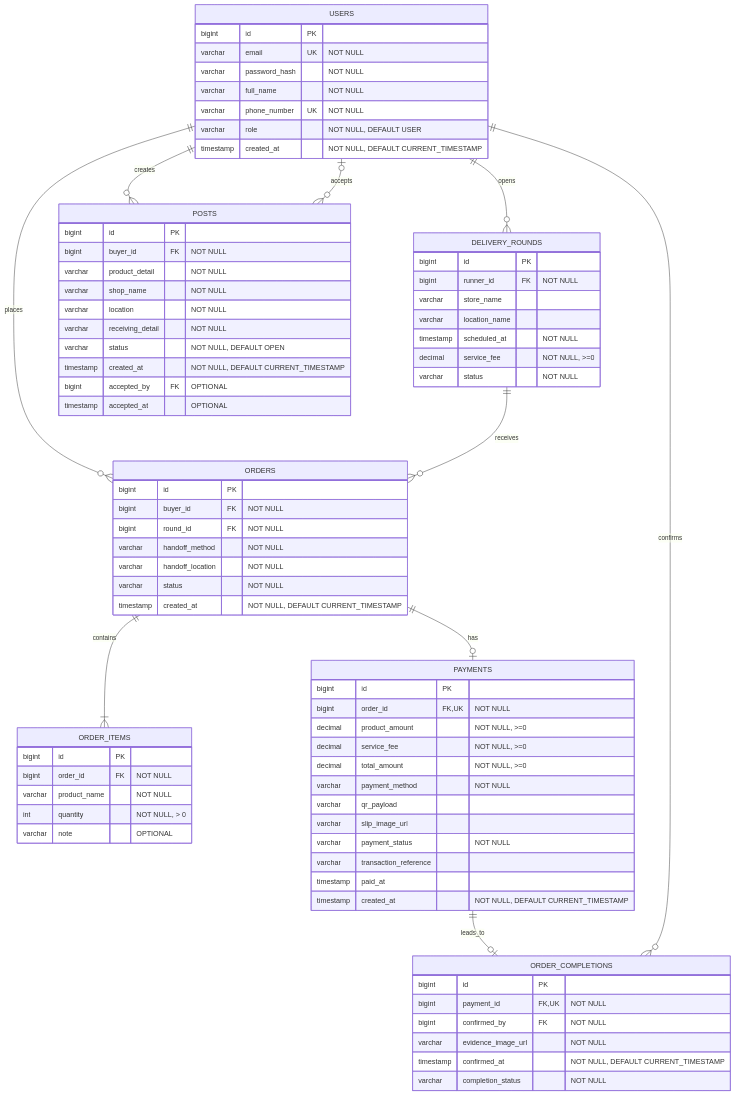
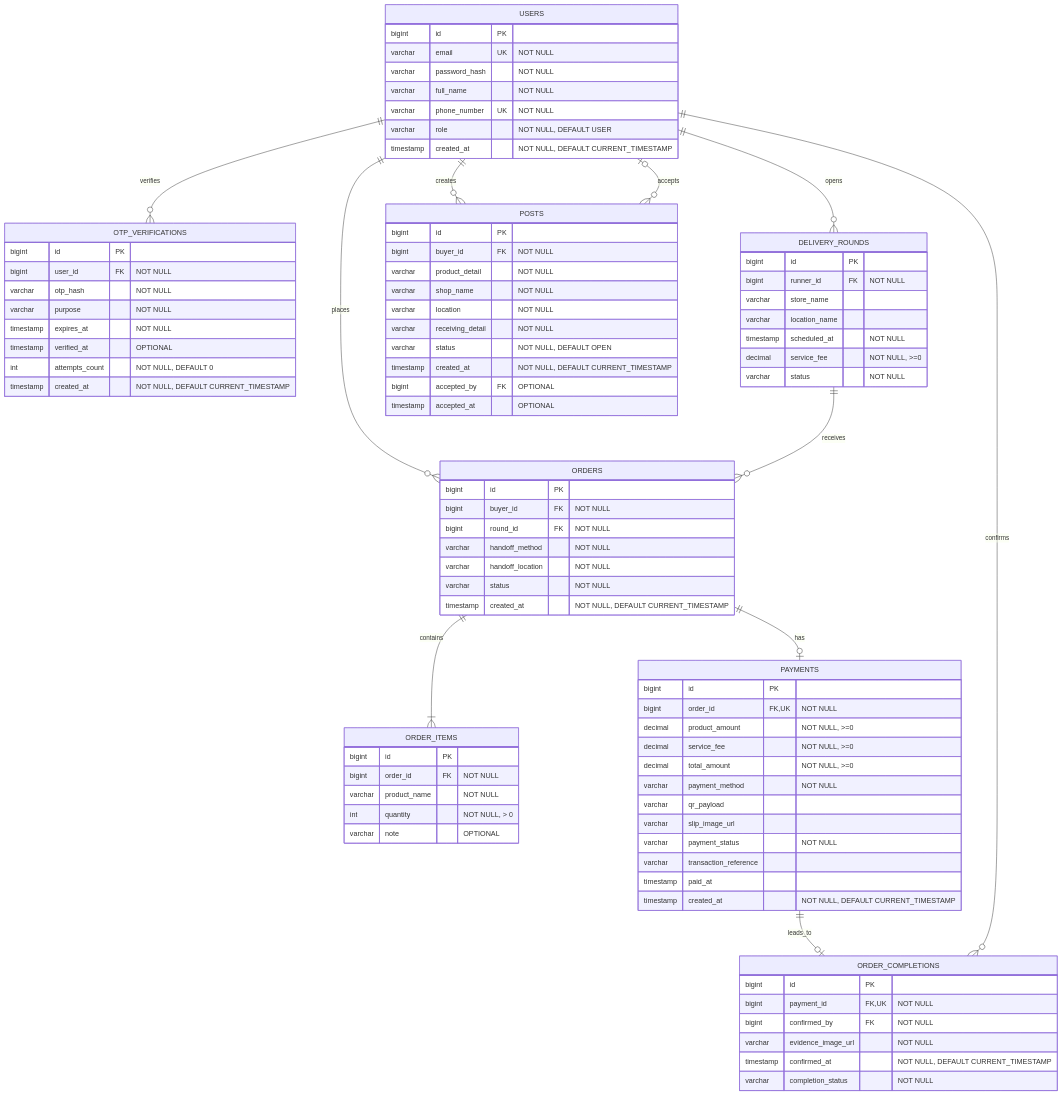
Before and after one commit to BlackyB0o/CS261_650001_group5: the diagram in docs/database/ERD.md, drawn with Mermaid.

Commit message:
draft: add OTP verification ERD

````diff
--- a/docs/database/ERD.md
+++ b/docs/database/ERD.md
@@ -5,5 +5,9 @@
 ```mermaid
 erDiagram
+
+    %% Task 04 - OTP Verification
+    USERS ||--o{ OTP_VERIFICATIONS : verifies
+
     %% Task 08 - เปิดรอบรับหิ้ว
     USERS ||--o{ DELIVERY_ROUNDS : opens
     
@@ -27,6 +31,18 @@
         varchar full_name "NOT NULL"
         varchar phone_number UK "NOT NULL"
         varchar role "NOT NULL, DEFAULT USER"
+        timestamp created_at "NOT NULL, DEFAULT CURRENT_TIMESTAMP"
+    }
+
+    %% Task 04 - OTP Verification
+    OTP_VERIFICATIONS {
+        bigint id PK
+        bigint user_id FK "NOT NULL"
+        varchar otp_hash "NOT NULL"
+        varchar purpose "NOT NULL"
+        timestamp expires_at "NOT NULL"
+        timestamp verified_at "OPTIONAL"
+        int attempts_count "NOT NULL, DEFAULT 0"
         timestamp created_at "NOT NULL, DEFAULT CURRENT_TIMESTAMP"
     }
 
````
